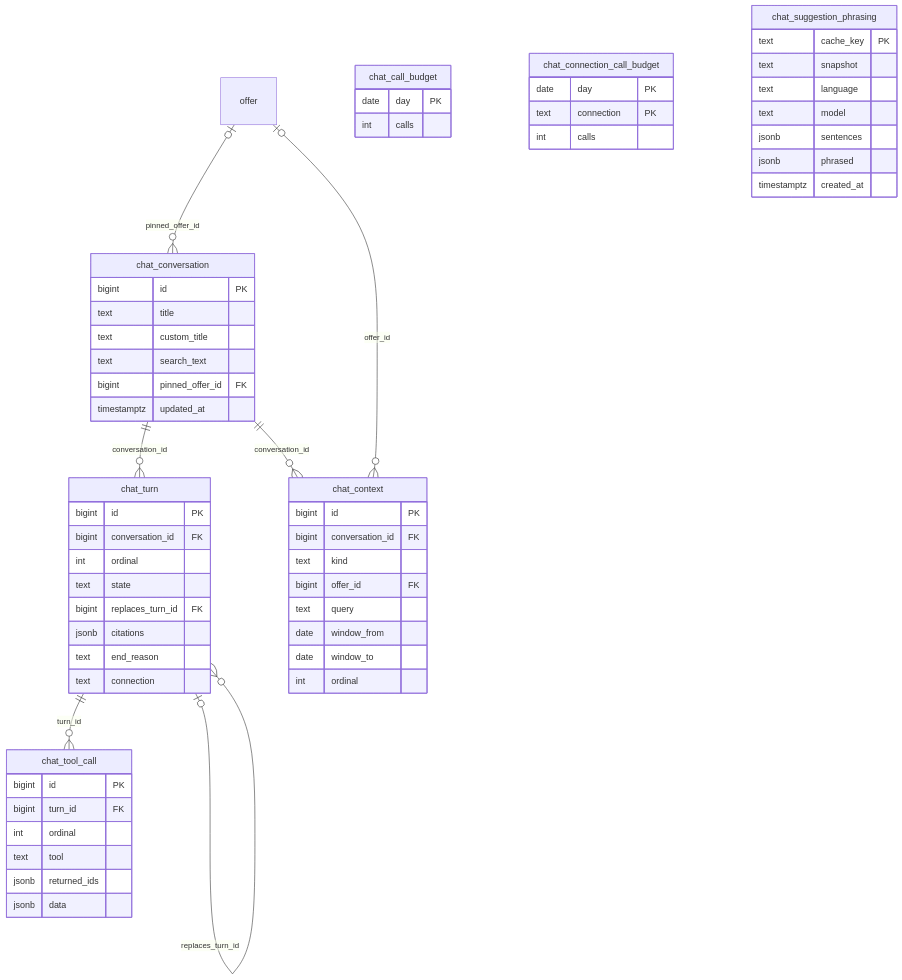
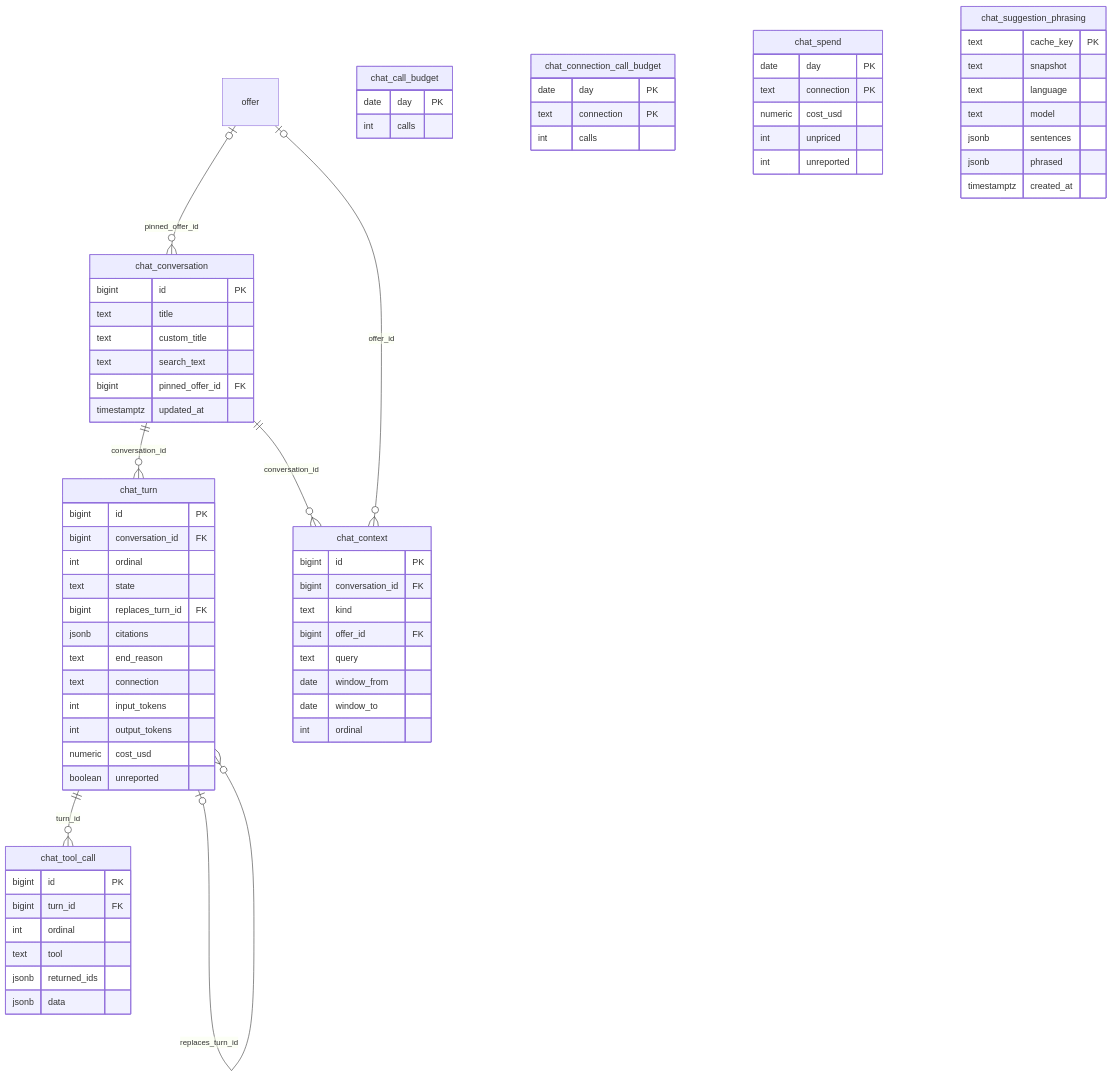
Before and after one commit to codeministry/leadgen: the second of 2 diagrams in docs/DATA-MODEL.md, drawn with Mermaid. The commit also changed other lines of this file and 65 other files, not shown here.

First line of the commit message:
Show chat model prices and spend in a popover picker

````diff
--- a/docs/DATA-MODEL.md
+++ b/docs/DATA-MODEL.md
@@ -393,63 +393,74 @@
 ```mermaid
 erDiagram
     chat_conversation ||--o{ chat_turn : "conversation_id"
     chat_turn ||--o{ chat_tool_call : "turn_id"
     chat_turn o|--o{ chat_turn : "replaces_turn_id"
     chat_conversation ||--o{ chat_context : "conversation_id"
     offer |o--o{ chat_conversation : "pinned_offer_id"
     offer |o--o{ chat_context : "offer_id"
     chat_conversation {
         bigint id PK
         text title
         text custom_title
         text search_text
         bigint pinned_offer_id FK
         timestamptz updated_at
     }
     chat_context {
         bigint id PK
         bigint conversation_id FK
         text kind
         bigint offer_id FK
         text query
         date window_from
         date window_to
         int ordinal
     }
     chat_turn {
         bigint id PK
         bigint conversation_id FK
         int ordinal
         text state
         bigint replaces_turn_id FK
         jsonb citations
         text end_reason
         text connection
+        int input_tokens
+        int output_tokens
+        numeric cost_usd
+        boolean unreported
     }
     chat_tool_call {
         bigint id PK
         bigint turn_id FK
         int ordinal
         text tool
         jsonb returned_ids
         jsonb data
     }
     chat_call_budget {
         date day PK
         int calls
     }
     chat_connection_call_budget {
         date day PK
         text connection PK
         int calls
     }
+    chat_spend {
+        date day PK
+        text connection PK
+        numeric cost_usd
+        int unpriced
+        int unreported
+    }
     chat_suggestion_phrasing {
         text cache_key PK
         text snapshot
         text language
         text model
         jsonb sentences
         jsonb phrased
         timestamptz created_at
     }
 ```
````
